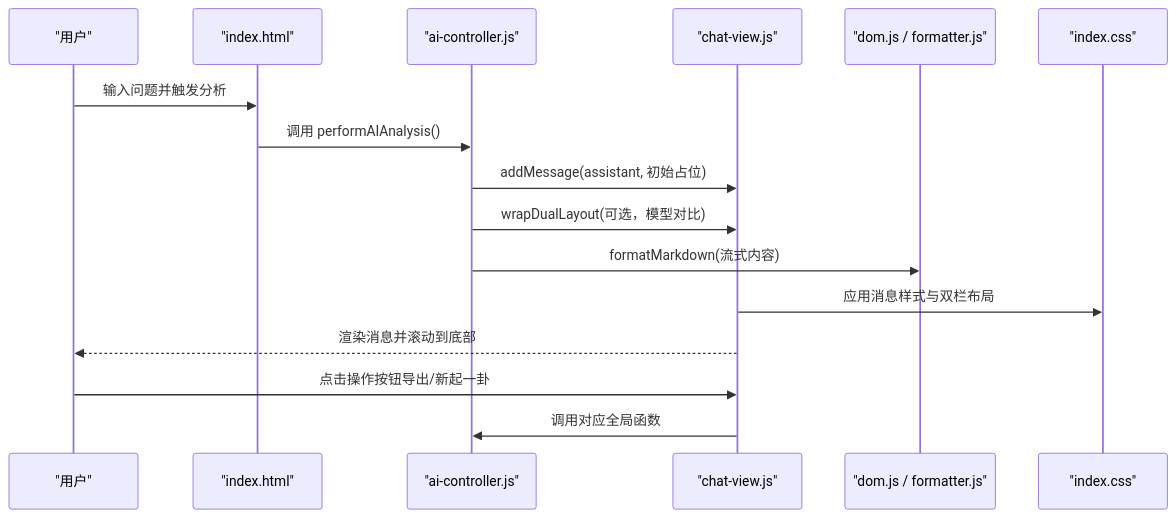
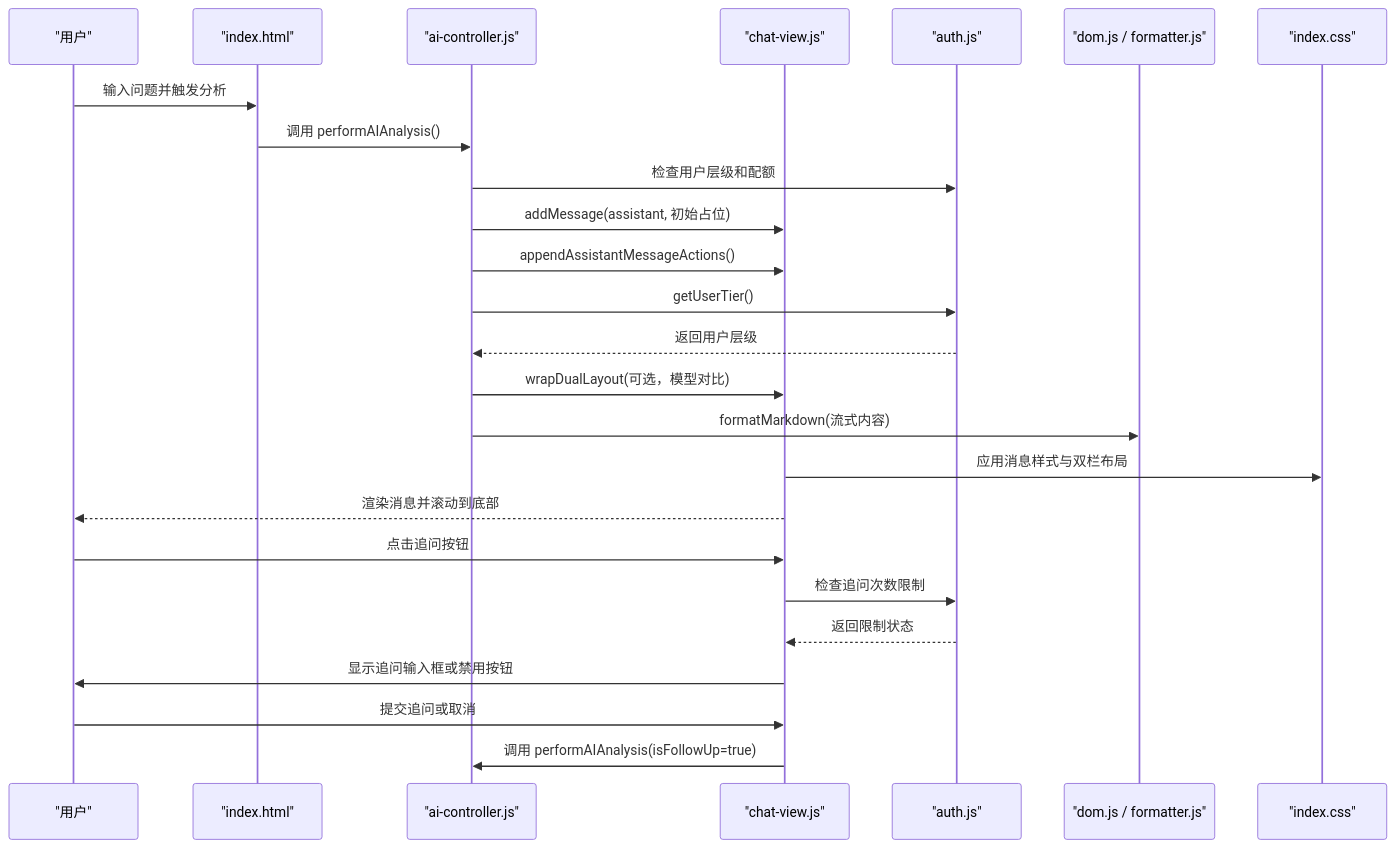
The second of 12 diagrams in .qoder/repowiki/zh/content/用户界面/聊天界面.md (ghg618-ui/meihuayili-3.8), drawn with Mermaid before and after one commit. The commit also changed other lines of this file and 6 other files, not shown here.

````diff
--- a/.qoder/repowiki/zh/content/用户界面/聊天界面.md
+++ b/.qoder/repowiki/zh/content/用户界面/聊天界面.md
@@ -97,18 +116,27 @@
 ```mermaid
 sequenceDiagram
 participant 用户 as "用户"
 participant 页面 as "index.html"
 participant 控制器 as "ai-controller.js"
 participant 视图 as "chat-view.js"
+participant 权限 as "auth.js"
 participant 工具 as "dom.js / formatter.js"
 participant 样式 as "index.css"
 用户->>页面 : 输入问题并触发分析
 页面->>控制器 : 调用 performAIAnalysis()
+控制器->>权限 : 检查用户层级和配额
 控制器->>视图 : addMessage(assistant, 初始占位)
+控制器->>视图 : appendAssistantMessageActions()
+控制器->>权限 : getUserTier()
+权限-->>控制器 : 返回用户层级
 控制器->>视图 : wrapDualLayout(可选，模型对比)
 控制器->>工具 : formatMarkdown(流式内容)
 视图->>样式 : 应用消息样式与双栏布局
 视图-->>用户 : 渲染消息并滚动到底部
-用户->>视图 : 点击操作按钮导出/新起一卦
-视图->>控制器 : 调用对应全局函数
+用户->>视图 : 点击追问按钮
+视图->>权限 : 检查追问次数限制
+权限-->>视图 : 返回限制状态
+视图->>用户 : 显示追问输入框或禁用按钮
+用户->>视图 : 提交追问或取消
+视图->>控制器 : 调用 performAIAnalysis(isFollowUp=true)
 ```
````
